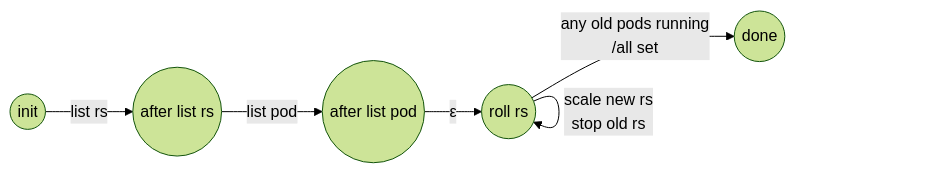
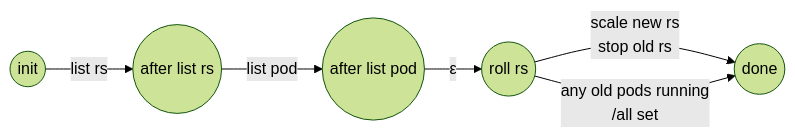
One commit to anvil-verifier/anvil changed the second of 2 diagrams in discussion/kubernetes-model/deployment_controller.md. Above: the diagram before and after it, drawn with Mermaid (forest theme). The commit also changed other lines of this file, not shown here.

Commit message:
fix state machine

````diff
--- a/discussion/kubernetes-model/deployment_controller.md
+++ b/discussion/kubernetes-model/deployment_controller.md
@@ -48,8 +48,8 @@
 ```mermaid
 graph LR
 	1((init))-->|list rs|2((after list rs))
 	2-->|list pod|3((after list pod))
 	3-->|ε|4((roll rs))
-	4-->|scale new rs<br>stop old rs|4
+	4-->|scale new rs<br>stop old rs|5
 	4-->|any old pods running<br>/all set|5((done))
 ```
````
